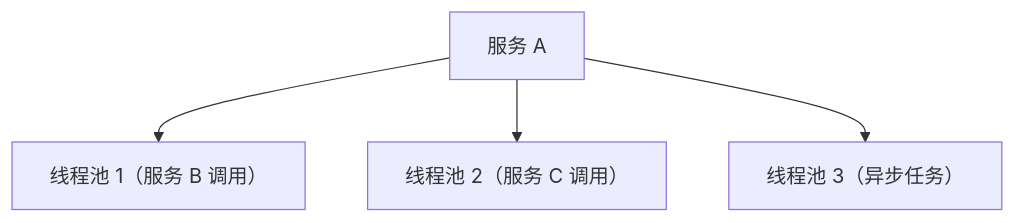
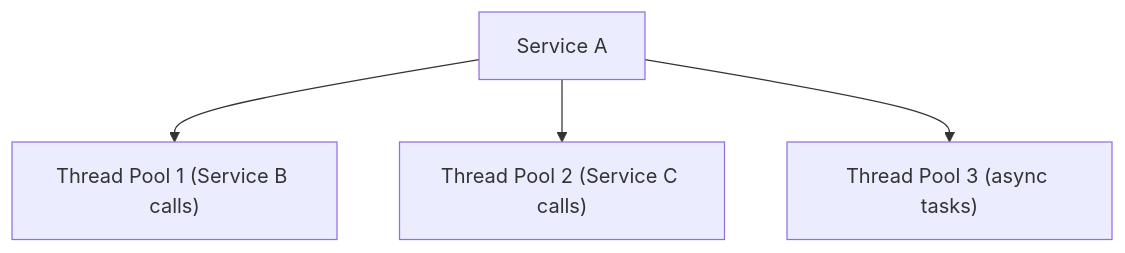
One commit to Kirky-X/diting changed the third of 3 diagrams in references/architecture/microservices-compliance.md. Above: the diagram before and after it, drawn with Mermaid. The commit also changed other lines of this file and 78 other files, not shown here.

````diff
--- a/references/architecture/microservices-compliance.md
+++ b/references/architecture/microservices-compliance.md
@@ -199,7 +199,7 @@
 ```mermaid
 flowchart TD
-    SA["服务 A"]
-    SA --> TP1["线程池 1（服务 B 调用）"]
-    SA --> TP2["线程池 2（服务 C 调用）"]
-    SA --> TP3["线程池 3（异步任务）"]
+    SA["Service A"]
+    SA --> TP1["Thread Pool 1 (Service B calls)"]
+    SA --> TP2["Thread Pool 2 (Service C calls)"]
+    SA --> TP3["Thread Pool 3 (async tasks)"]
 ```
````
